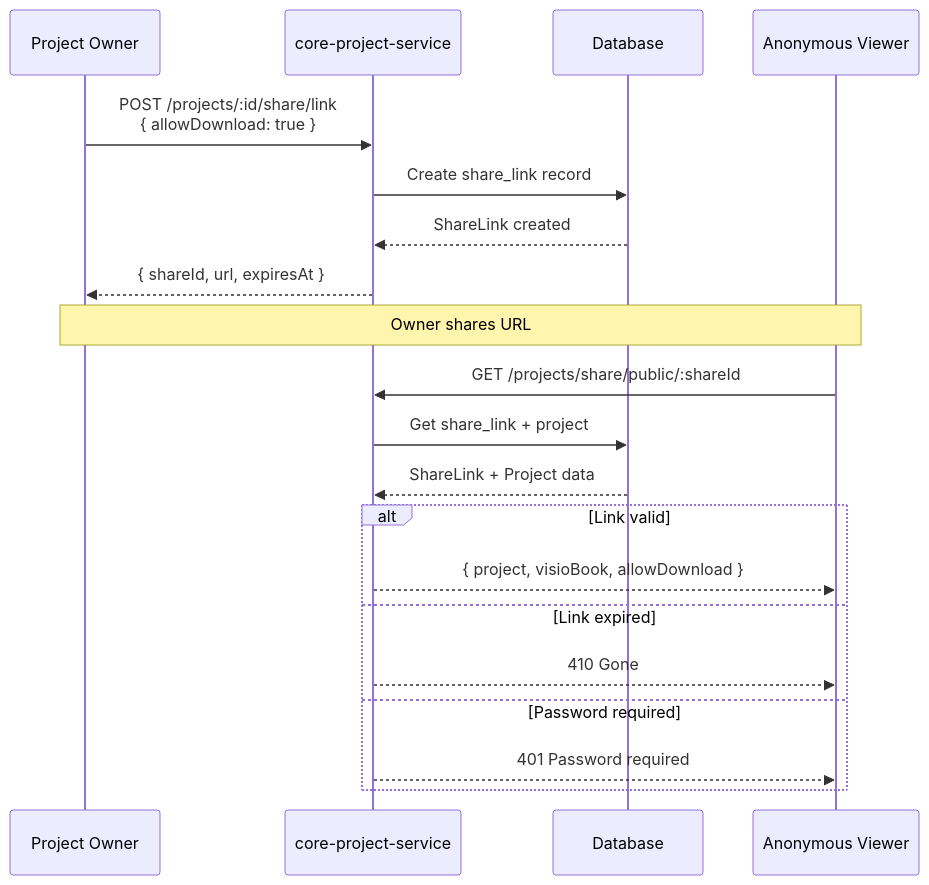
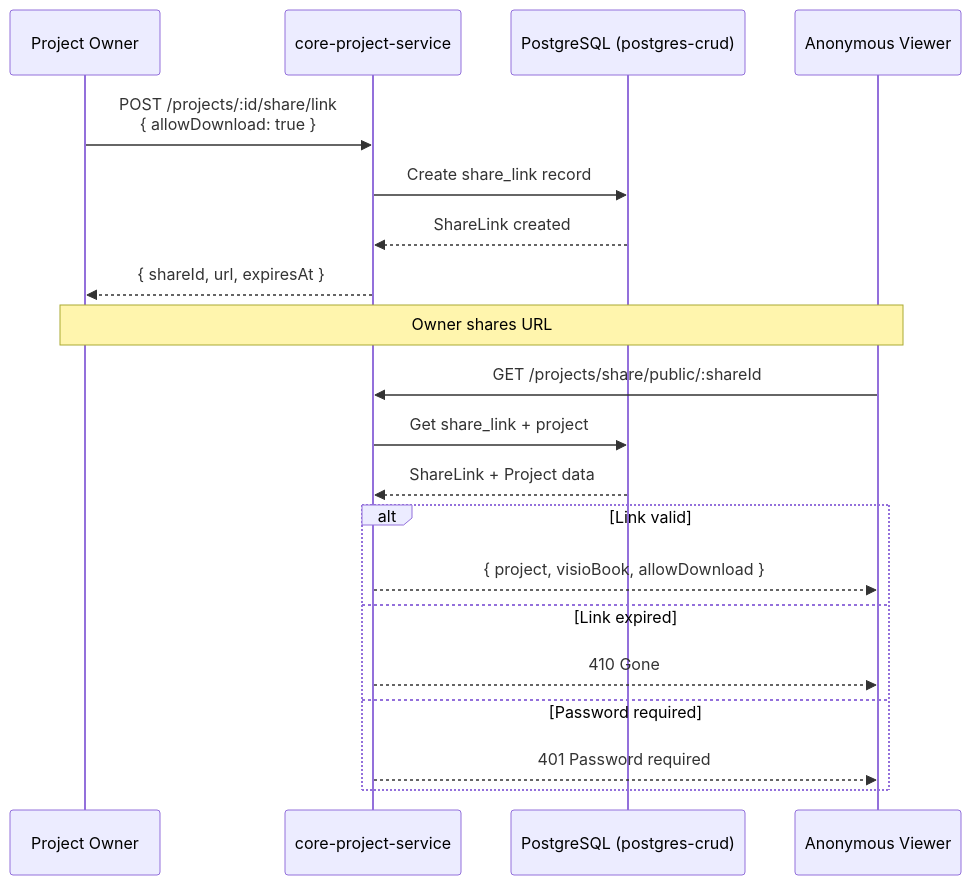
One commit to VisioBook-ESP/docs-architecture changed the sixth of 6 diagrams in microservices/core-project-service.md. Above: the diagram before and after it, drawn with Mermaid. The commit also changed other lines of this file and 15 other files, not shown here.

````diff
--- a/microservices/core-project-service.md
+++ b/microservices/core-project-service.md
@@ -491,26 +491,26 @@
 ```mermaid
 sequenceDiagram
     participant Owner as Project Owner
     participant PS as core-project-service
-    participant DB as Database
+    participant PG as PostgreSQL (postgres-crud)
     participant Viewer as Anonymous Viewer
 
     Owner->>PS: POST /projects/:id/share/link<br/>{ allowDownload: true }
-    PS->>DB: Create share_link record
-    DB-->>PS: ShareLink created
+    PS->>PG: Create share_link record
+    PG-->>PS: ShareLink created
     PS-->>Owner: { shareId, url, expiresAt }
 
     Note over Owner,Viewer: Owner shares URL
 
     Viewer->>PS: GET /projects/share/public/:shareId
-    PS->>DB: Get share_link + project
-    DB-->>PS: ShareLink + Project data
+    PS->>PG: Get share_link + project
+    PG-->>PS: ShareLink + Project data
 
     alt Link valid
         PS-->>Viewer: { project, visioBook, allowDownload }
     else Link expired
         PS-->>Viewer: 410 Gone
     else Password required
         PS-->>Viewer: 401 Password required
     end
 ```
````
